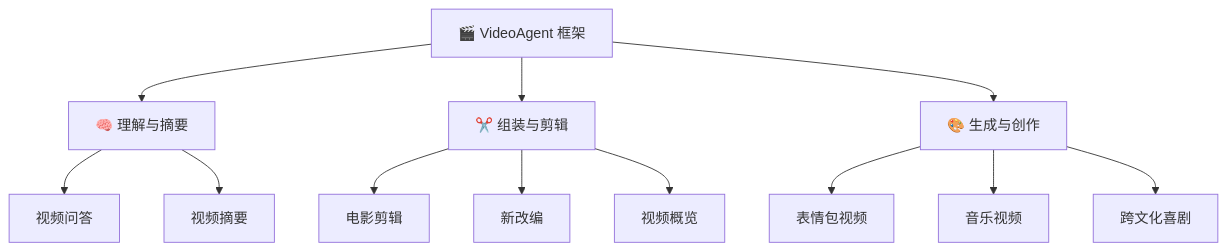
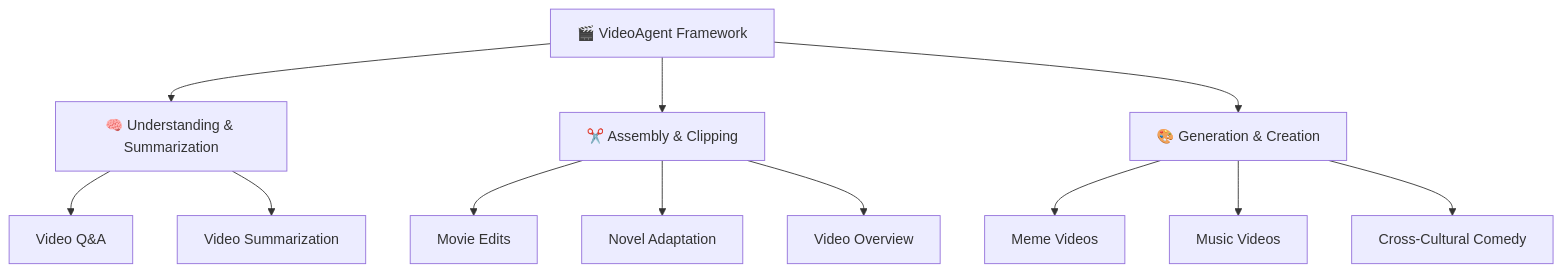
Before and after one commit to Quocadmin/VideoAgent: the diagram in readme_zh.md, drawn with Mermaid. The commit also changed other lines of this file, not shown here.

````diff
--- a/readme_zh.md
+++ b/readme_zh.md
@@ -92,14 +92,17 @@
 ```mermaid
 graph TB
-A[🎬 VideoAgent 框架] --> B[🧠 理解与摘要]
-A --> C[✂️ 组装与剪辑]
-A --> D[🎨 生成与创作]
-B --> B1[视频问答]
-B --> B2[视频摘要]
-C --> C1[电影剪辑]
-C --> C2[新改编]
-C --> C3[视频概览]
-D --> D1[表情包视频]
-D --> D2[音乐视频]
-D --> D3[跨文化喜剧]
+    A[🎬 VideoAgent Framework] --> B[🧠 Understanding & Summarization]
+    A --> C[✂️ Assembly & Clipping]
+    A --> D[🎨 Generation & Creation]
+    
+    B --> B1[Video Q&A]
+    B --> B2[Video Summarization]
+    
+    C --> C1[Movie Edits]
+    C --> C2[Novel Adaptation]
+    C --> C3[Video Overview]
+    
+    D --> D1[Meme Videos]
+    D --> D2[Music Videos]
+    D --> D3[Cross-Cultural Comedy]
 ```
````
